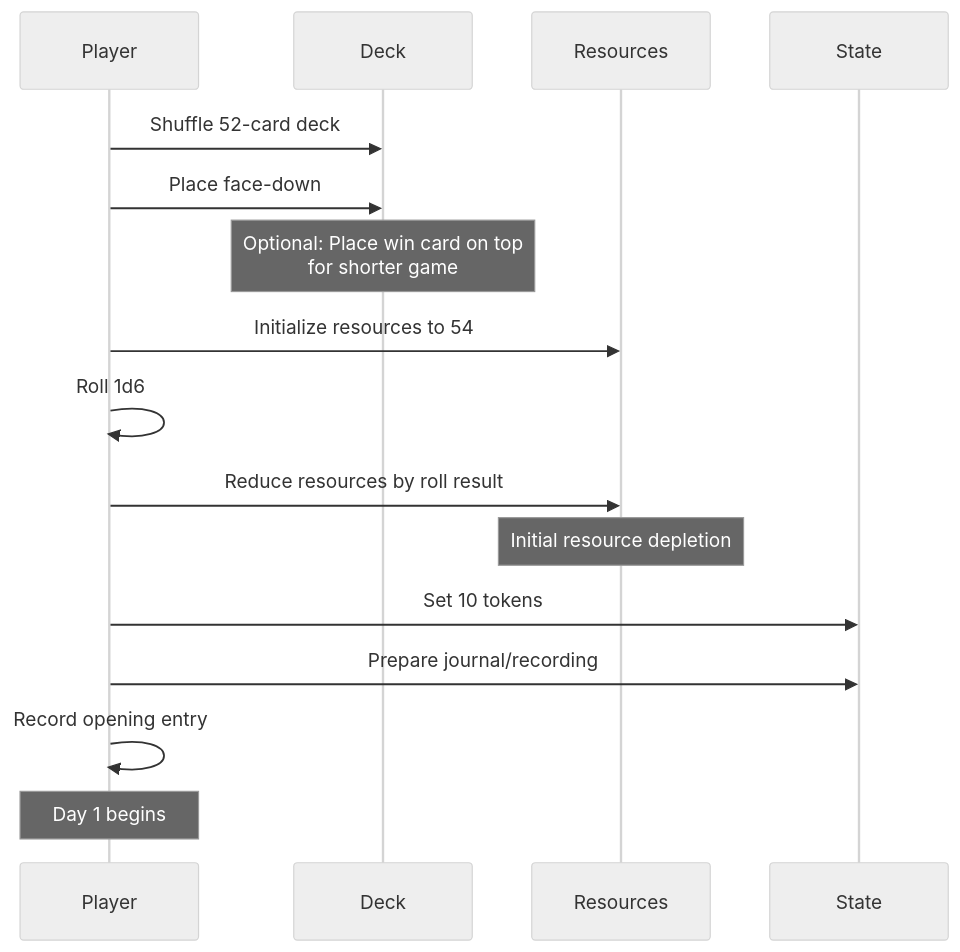
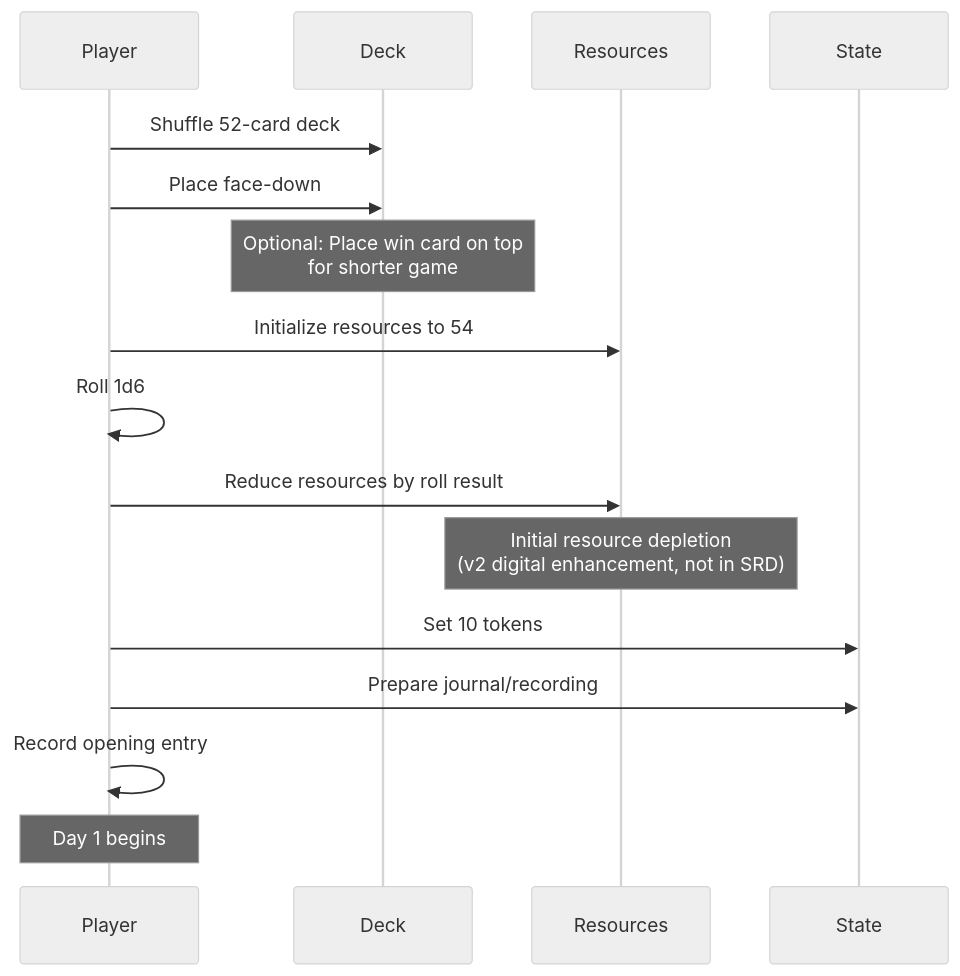
One commit to dimm-city/dc-solo-rpg changed the third of 13 diagrams in docs/v2/wretched-alone-mechanics-guide.md. Above: the diagram before and after it, drawn with Mermaid (neutral theme). The commit also changed other lines of this file and 2 other files, not shown here.

````diff
--- a/docs/v2/wretched-alone-mechanics-guide.md
+++ b/docs/v2/wretched-alone-mechanics-guide.md
@@ -121,21 +129,21 @@
 ```mermaid
 sequenceDiagram
     participant P as Player
     participant D as Deck
     participant R as Resources
     participant S as State
 
     P->>D: Shuffle 52-card deck
     P->>D: Place face-down
     Note over D: Optional: Place win card on top<br/>for shorter game
 
     P->>R: Initialize resources to 54
     P->>P: Roll 1d6
     P->>R: Reduce resources by roll result
-    Note over R: Initial resource depletion
+    Note over R: Initial resource depletion<br/>(v2 digital enhancement, not in SRD)
 
     P->>S: Set 10 tokens
     P->>S: Prepare journal/recording
     P->>P: Record opening entry
     Note over P: Day 1 begins
 ```
````
